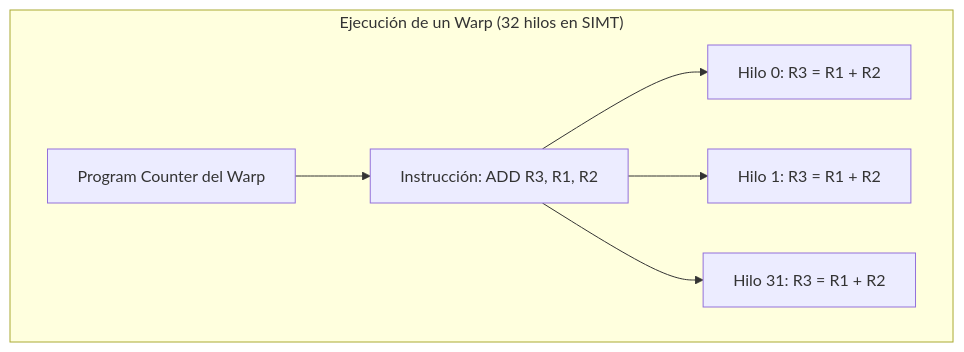
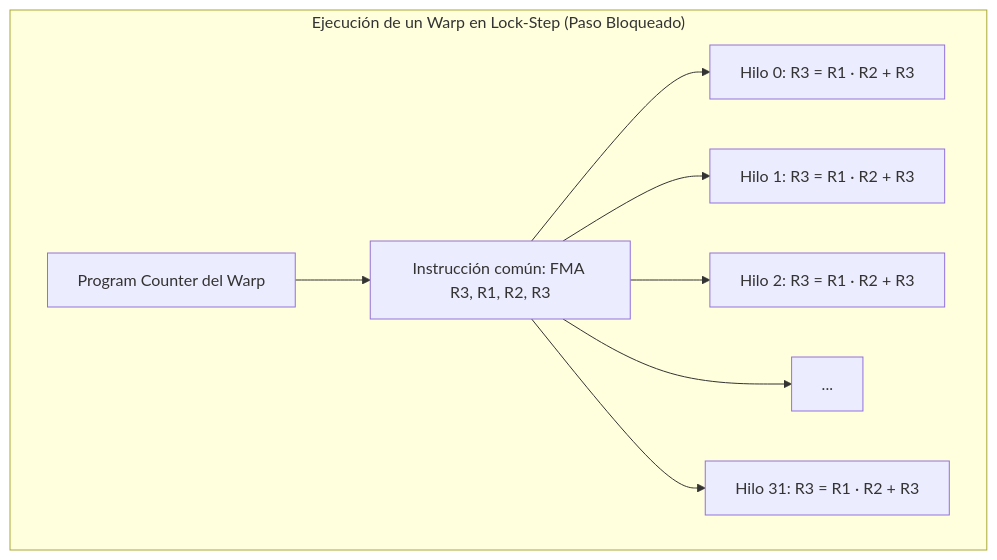
One commit to kalech7/notes changed the fourth of 11 diagrams in Obsidian/pregrado/Documentos/Arquitectura de computadores/Arquitectura de GPU y Aceleradores Hardware en el Computador.md. Above: the diagram before and after it, drawn with Mermaid. The commit also changed other lines of this file and 7 other files, not shown here.

````diff
--- a/Obsidian/pregrado/Documentos/Arquitectura de computadores/Arquitectura de GPU y Aceleradores Hardware en el Computador.md
+++ b/Obsidian/pregrado/Documentos/Arquitectura de computadores/Arquitectura de GPU y Aceleradores Hardware en el Computador.md
@@ -136,9 +209,11 @@
 ```mermaid
 flowchart TD
-    subgraph WarpExecution ["Ejecución de un Warp (32 hilos en SIMT)"]
-        PC["Program Counter del Warp"] --> Inst["Instrucción: ADD R3, R1, R2"]
-        Inst --> T0["Hilo 0: R3 = R1 + R2"]
-        Inst --> T1["Hilo 1: R3 = R1 + R2"]
-        Inst --> T31["Hilo 31: R3 = R1 + R2"]
+    subgraph Warp_Lockstep ["Ejecución de un Warp en Lock-Step (Paso Bloqueado)"]
+        PC["Program Counter del Warp"] --> Inst["Instrucción común: FMA R3, R1, R2, R3"]
+        Inst --> T0["Hilo 0: R3 = R1 · R2 + R3"]
+        Inst --> T1["Hilo 1: R3 = R1 · R2 + R3"]
+        Inst --> T2["Hilo 2: R3 = R1 · R2 + R3"]
+        Inst --> Dots["..."]
+        Inst --> T31["Hilo 31: R3 = R1 · R2 + R3"]
     end
 ```
````
